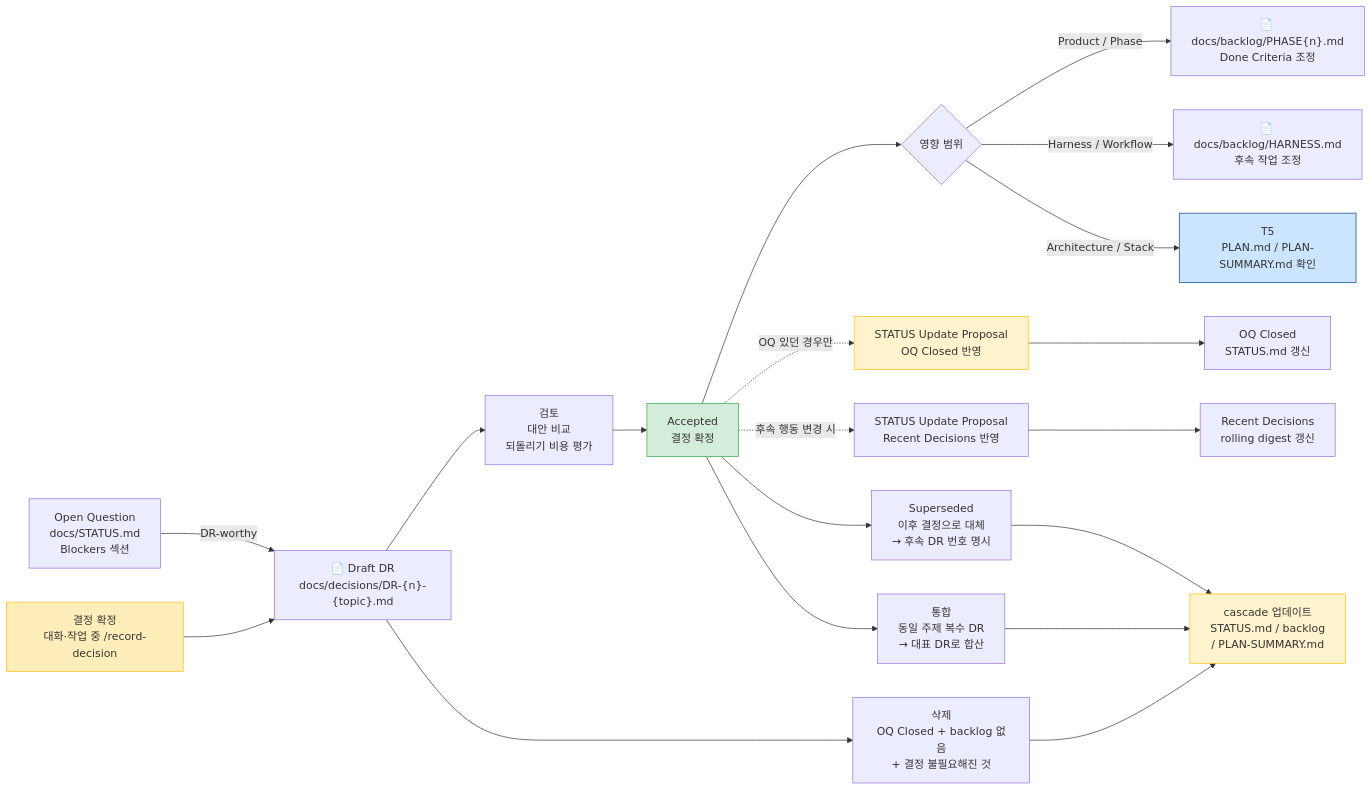
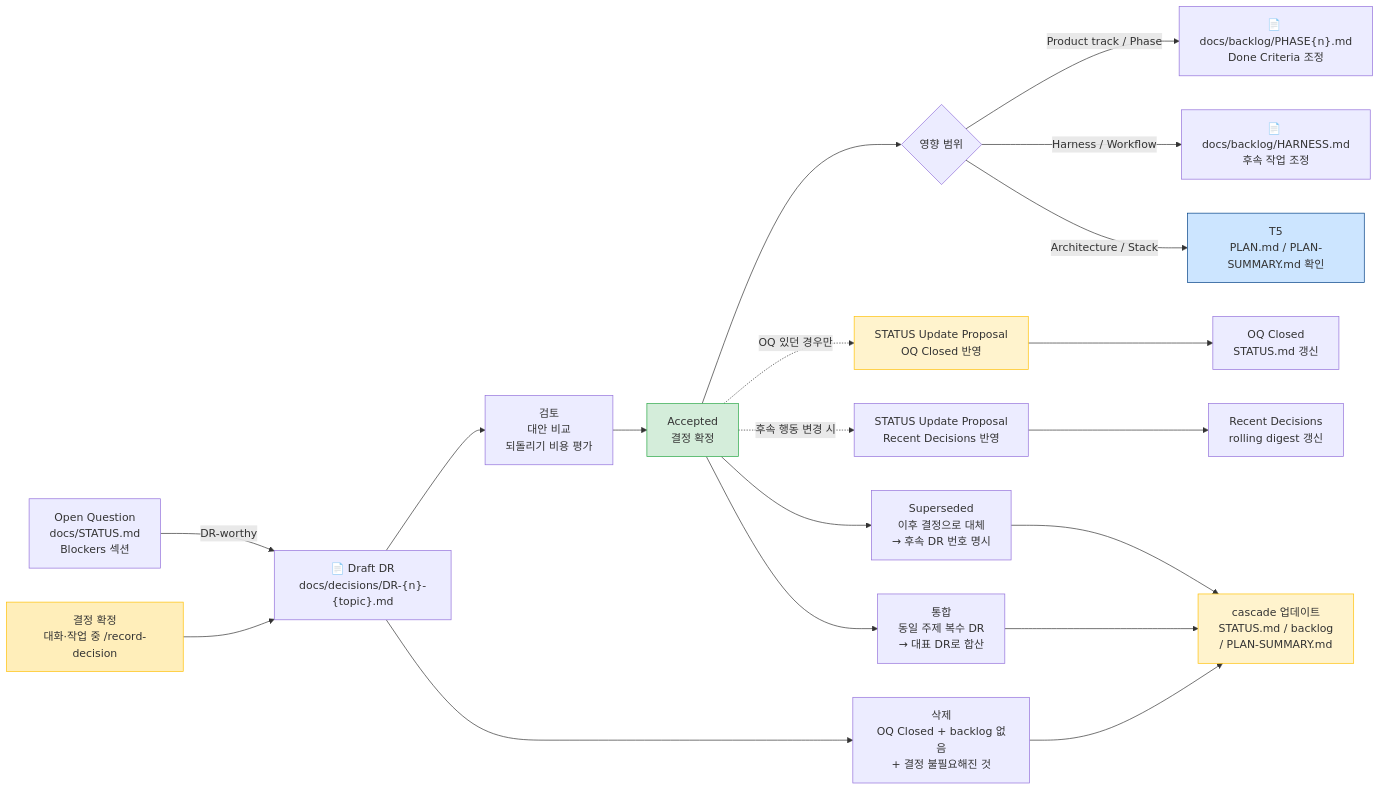
Before and after one commit to kyungseo/ai-workflow-harness: diagram 13 of 14 in docs/WORKFLOW-MANUAL.md, drawn with Mermaid. The commit also changed other lines of this file and 216 other files, not shown here.

````diff
--- a/docs/WORKFLOW-MANUAL.md
+++ b/docs/WORKFLOW-MANUAL.md
@@ -947,32 +959,32 @@
 ```mermaid
 flowchart LR
     OQ["Open Question\ndocs/STATUS.md\nBlockers 섹션"]
     DECISION["결정 확정\n대화·작업 중 /record-decision"]
 
     OQ -->|"DR-worthy"| DRAFT["📄 Draft DR\ndocs/decisions/DR-{n}-{topic}.md"]
     DECISION --> DRAFT
     DRAFT --> REVIEW["검토\n대안 비교\n되돌리기 비용 평가"]
     REVIEW --> ACCEPT["Accepted\n결정 확정"]
     ACCEPT --> ROUTE{영향 범위}
-    ROUTE -- Product / Phase --> PBACKLOG["📄 docs/backlog/PHASE{n}.md\nDone Criteria 조정"]
+    ROUTE -- Product track / Phase --> PBACKLOG["📄 docs/backlog/PHASE{n}.md\nDone Criteria 조정"]
     ROUTE -- Harness / Workflow --> HBACKLOG["📄 docs/backlog/HARNESS.md\n후속 작업 조정"]
     ROUTE -- Architecture / Stack --> PLAN["T5\nPLAN.md / PLAN-SUMMARY.md 확인"]
     ACCEPT -.->|"OQ 있던 경우만"| STATUS_PROPOSAL["STATUS Update Proposal\nOQ Closed 반영"]
     ACCEPT -.->|"후속 행동 변경 시"| RECENT_DECISIONS["STATUS Update Proposal\nRecent Decisions 반영"]
     STATUS_PROPOSAL --> CLOSED["OQ Closed\nSTATUS.md 갱신"]
     RECENT_DECISIONS --> DIGEST["Recent Decisions\nrolling digest 갱신"]
 
     ACCEPT --> SUPERSEDED["Superseded\n이후 결정으로 대체\n→ 후속 DR 번호 명시"]
     DRAFT --> DELETE["삭제\nOQ Closed + backlog 없음\n+ 결정 불필요해진 것"]
     ACCEPT --> MERGE["통합\n동일 주제 복수 DR\n→ 대표 DR로 합산"]
 
     SUPERSEDED --> CASCADE["cascade 업데이트\nSTATUS.md / backlog\n/ PLAN-SUMMARY.md"]
     DELETE --> CASCADE
     MERGE --> CASCADE
 
     style ACCEPT fill:#d4edda,stroke:#28a745
     style DECISION fill:#ffeeba,stroke:#ffc107
     style PLAN fill:#cce5ff,stroke:#004085
     style STATUS_PROPOSAL fill:#fff3cd,stroke:#ffc107
     style CASCADE fill:#fff3cd,stroke:#ffc107
 ```
````
